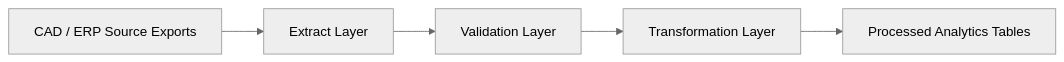
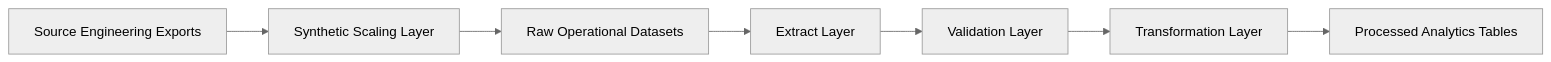
The first of 2 diagrams in projects/manufacturing/cad_erp_pipeline/README.md (andmedina/data-engineering-projects), drawn with Mermaid (neutral theme) before and after one commit. The commit also changed other lines of this file, not shown here.

````diff
--- a/projects/manufacturing/cad_erp_pipeline/README.md
+++ b/projects/manufacturing/cad_erp_pipeline/README.md
@@ -27,7 +27,9 @@
 ```mermaid
 flowchart LR
-    A[CAD / ERP Source Exports] --> B[Extract Layer]
-    B --> C[Validation Layer]
-    C --> D[Transformation Layer]
-    D --> E[Processed Analytics Tables]
+    A[Source Engineering Exports] --> B[Synthetic Scaling Layer]
+    B --> C[Raw Operational Datasets]
+    C --> D[Extract Layer]
+    D --> E[Validation Layer]
+    E --> F[Transformation Layer]
+    F --> G[Processed Analytics Tables]
 ```
````
